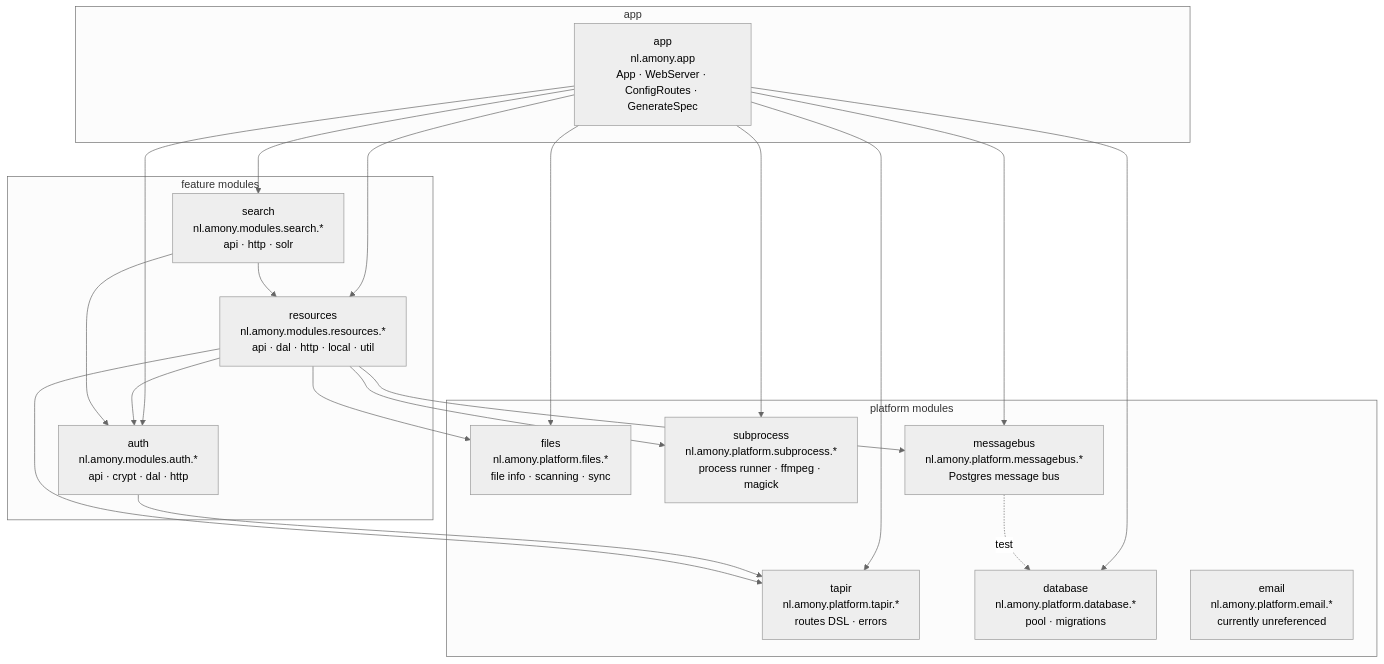
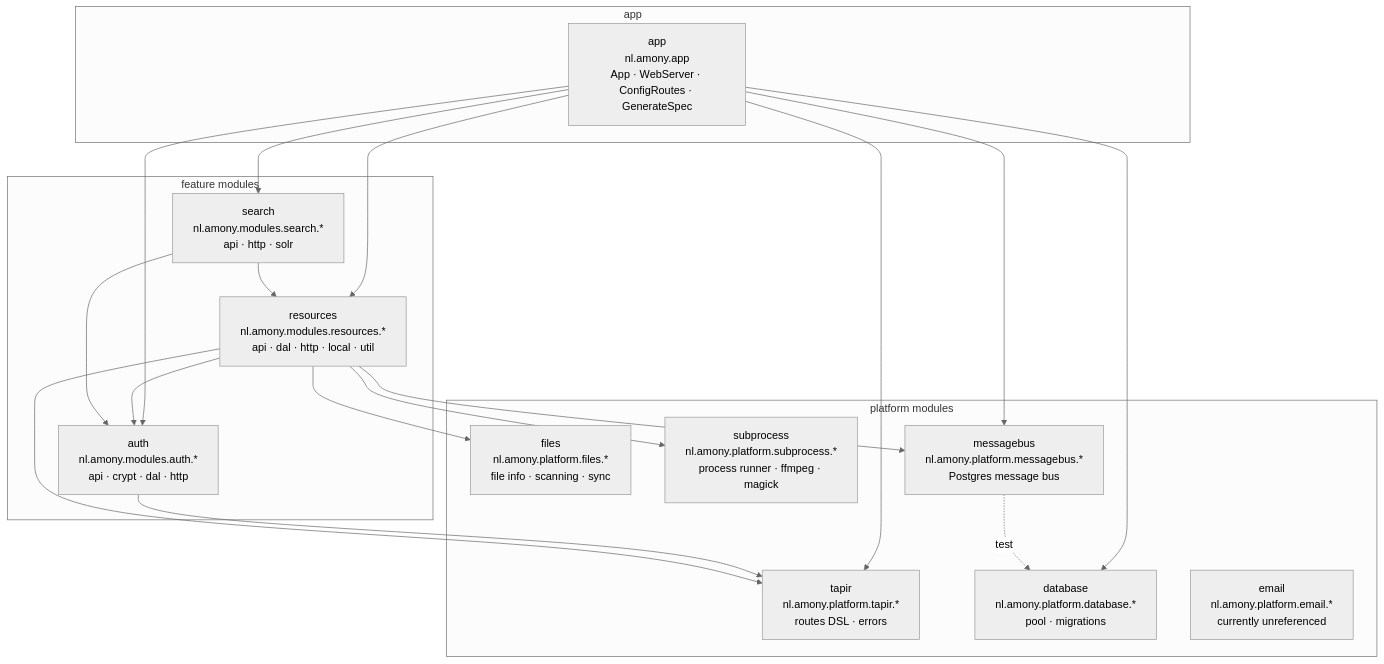
The diagram in docs/modules/module-boundaries.md (merlijn/amony), drawn with Mermaid (neutral theme) before and after one commit. The commit also changed 3 other files, not shown here.

````diff
--- a/docs/modules/module-boundaries.md
+++ b/docs/modules/module-boundaries.md
@@ -6,43 +6,41 @@
 ```mermaid
 flowchart TB
   subgraph app_group["app"]
     app["app<br/>nl.amony.app<br/>App · WebServer · ConfigRoutes · GenerateSpec"]
   end
 
   subgraph feature_group["feature modules"]
     auth["auth<br/>nl.amony.modules.auth.*<br/>api · crypt · dal · http"]
     resources["resources<br/>nl.amony.modules.resources.*<br/>api · dal · http · local · util"]
     search["search<br/>nl.amony.modules.search.*<br/>api · http · solr"]
   end
 
   subgraph platform_group["platform modules"]
     tapir["tapir<br/>nl.amony.platform.tapir.*<br/>routes DSL · errors"]
     files["files<br/>nl.amony.platform.files.*<br/>file info · scanning · sync"]
     subprocess["subprocess<br/>nl.amony.platform.subprocess.*<br/>process runner · ffmpeg · magick"]
     database["database<br/>nl.amony.platform.database.*<br/>pool · migrations"]
     messagebus["messagebus<br/>nl.amony.platform.messagebus.*<br/>Postgres message bus"]
     email["email<br/>nl.amony.platform.email.*<br/>currently unreferenced"]
   end
 
   app --> auth
   app --> resources
   app --> search
   app --> tapir
-  app --> files
-  app --> subprocess
   app --> database
   app --> messagebus
 
   auth --> tapir
 
   resources --> auth
   resources --> tapir
   resources --> files
   resources --> subprocess
   resources --> messagebus
 
   search --> auth
   search --> resources
 
   messagebus -.->|test| database
 ```
````
